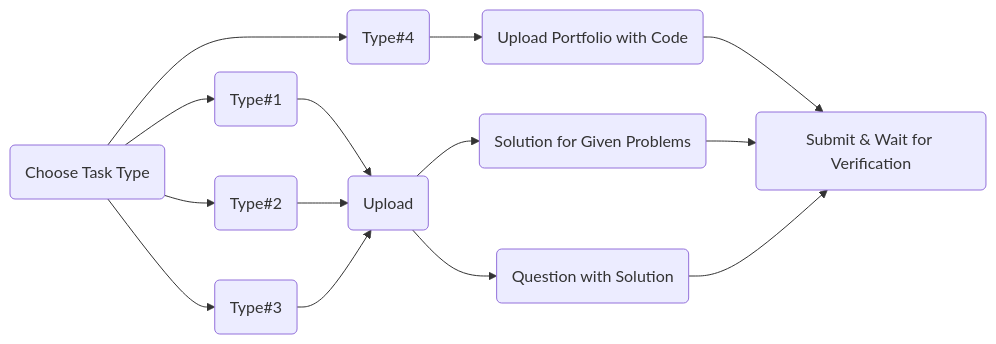
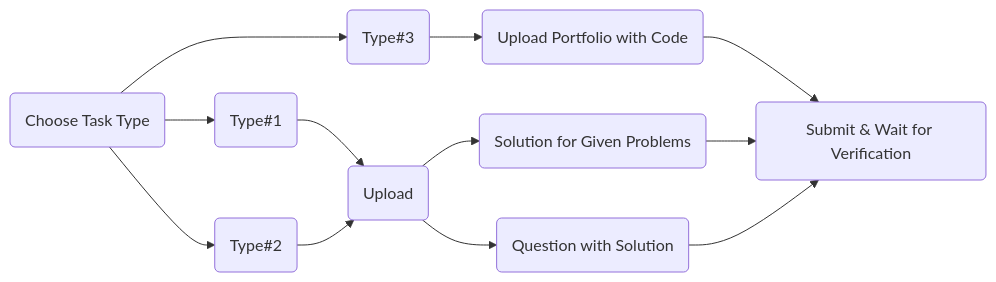
The diagram in README.md (Adithyakr15/HacktoberFest10-2023), drawn with Mermaid before and after one commit.

````diff
--- a/README.md
+++ b/README.md
@@ -9,16 +9,14 @@
 ```mermaid
 graph LR
 A(Choose Task Type) --> B(Type#1)
 A --> C(Type#2)
 A --> D(Type#3)
-A --> E(Type#4)
 B --> F(Upload)
 C --> F
-D --> F
 F --> H(Question with Solution)
 F --> I(Solution for Given Problems)
-E --> G(Upload Portfolio with Code)
+D --> G(Upload Portfolio with Code)
 G --> J(Submit & Wait for Verification)
 I --> J
 H --> J
 ```
````
